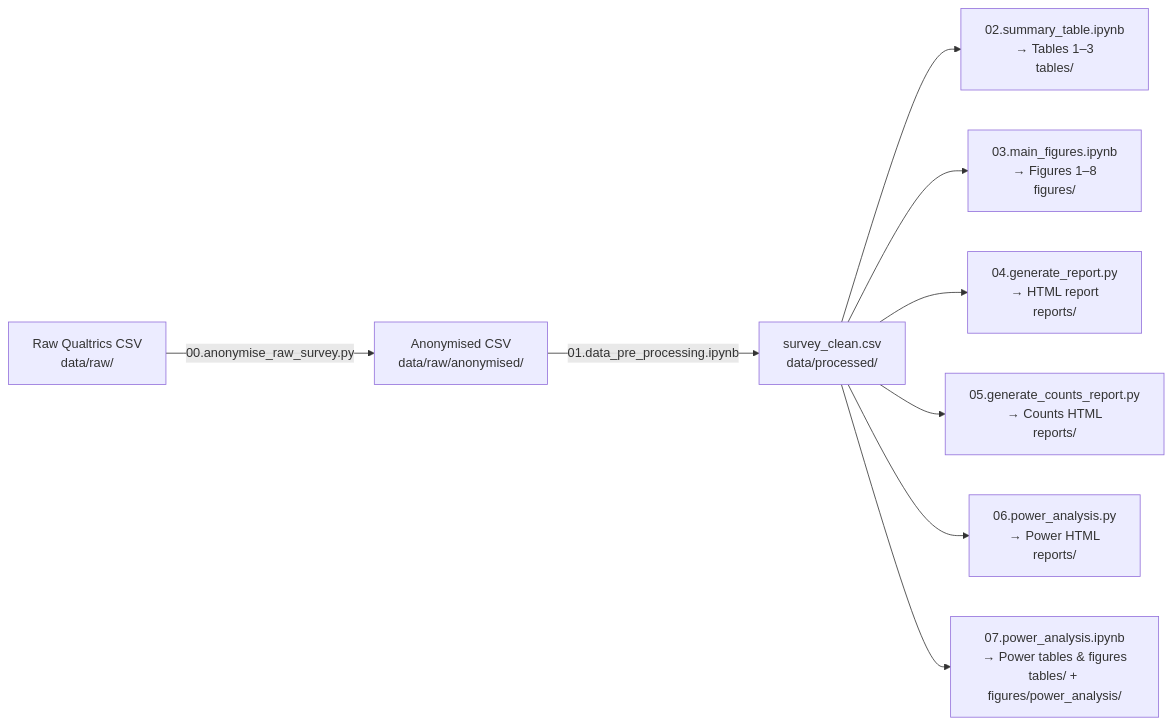
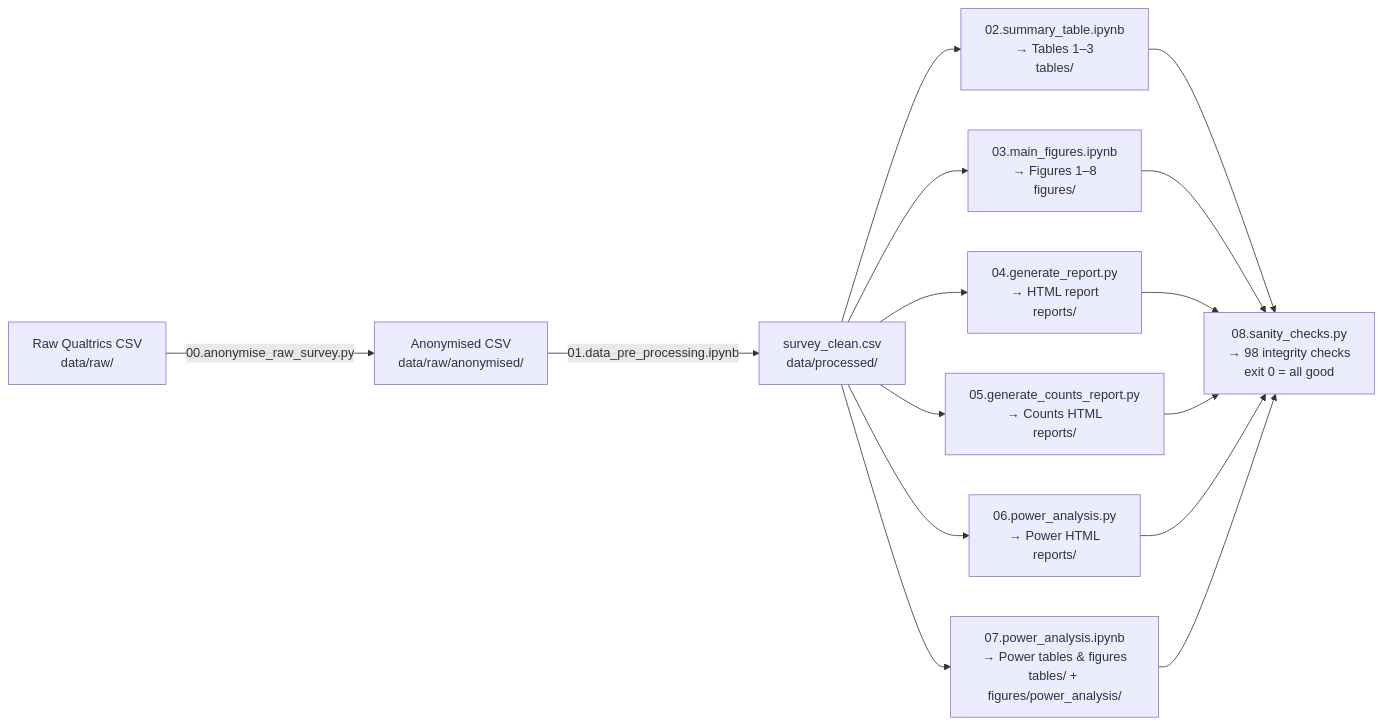
Before and after one commit to bernardo-heberle/lauren_master_thesis: the diagram in README.md, drawn with Mermaid. The commit also changed other lines of this file and 37 other files, not shown here.

Commit message:
Sanity checks.

````diff
--- a/README.md
+++ b/README.md
@@ -93,16 +94,17 @@
 ```mermaid
 flowchart LR
     A["Raw Qualtrics CSV\ndata/raw/"] -->|"00.anonymise_raw_survey.py"| B
     B["Anonymised CSV\ndata/raw/anonymised/"] -->|"01.data_pre_processing.ipynb"| C
     C["survey_clean.csv\ndata/processed/"] --> D
     C --> E
     C --> F
     C --> G
     C --> H
     D["02.summary_table.ipynb\n→ Tables 1–3\ntables/"]
     E["03.main_figures.ipynb\n→ Figures 1–8\nfigures/"]
     F["04.generate_report.py\n→ HTML report\nreports/"]
     G["05.generate_counts_report.py\n→ Counts HTML\nreports/"]
     H["06.power_analysis.py\n→ Power HTML\nreports/"]
     C --> I["07.power_analysis.ipynb\n→ Power tables & figures\ntables/ + figures/power_analysis/"]
+    D & E & F & G & H & I --> J["08.sanity_checks.py\n→ 98 integrity checks\nexit 0 = all good"]
 ```
````
